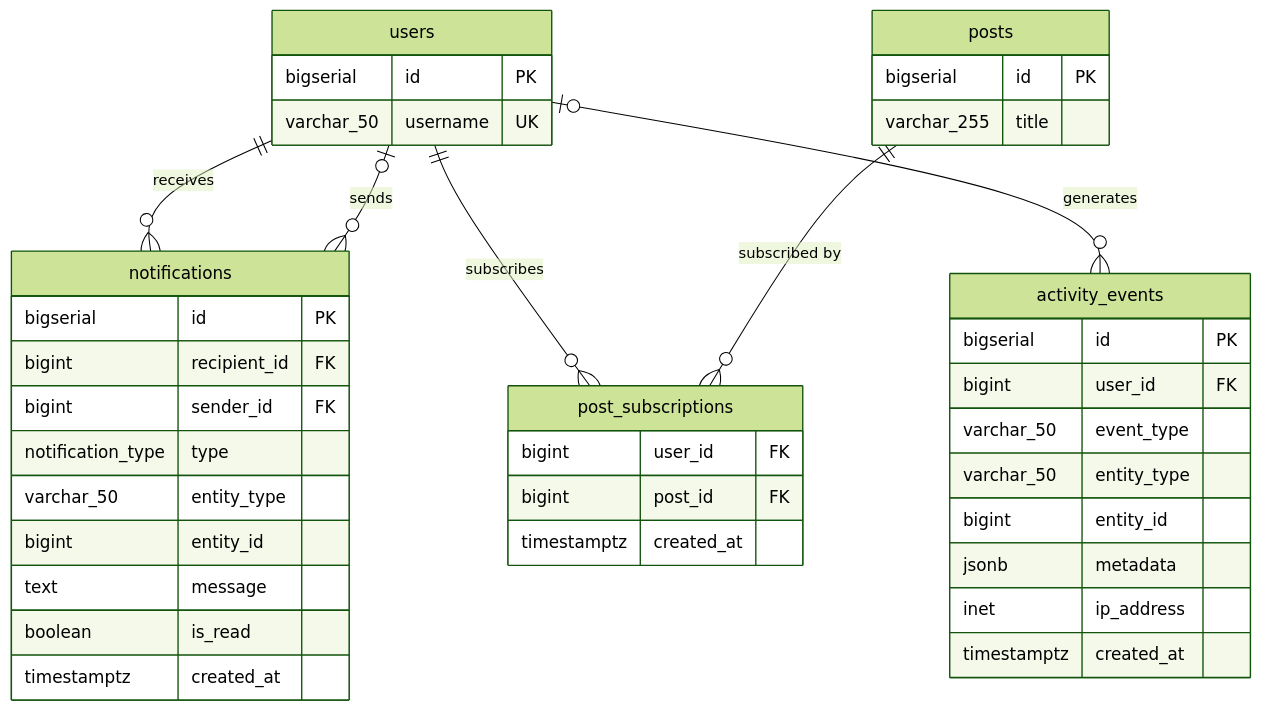
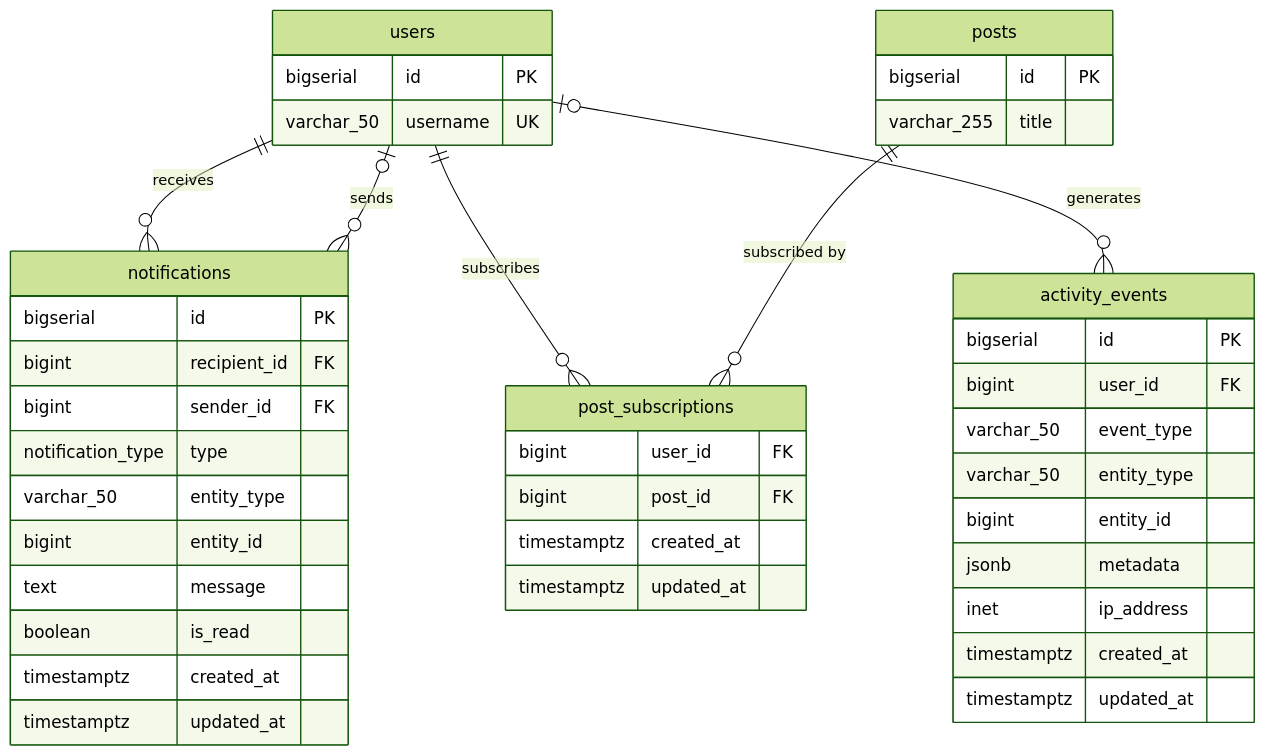
One commit to Project-Wdrozeniowy/Project-Wdrozeniowy changed the diagram in docs/db-schema-social.mmd. Above: the diagram before and after it, drawn with Mermaid (forest theme). The commit also changed 13 other files, not shown here.

```diff
--- a/docs/db-schema-social.mmd
+++ b/docs/db-schema-social.mmd
@@ -1,45 +1,48 @@
 erDiagram
     users {
         bigserial id PK
         varchar_50 username UK
     }
 
     posts {
         bigserial id PK
         varchar_255 title
     }
 
     notifications {
         bigserial id PK
         bigint recipient_id FK
         bigint sender_id FK
         notification_type type
         varchar_50 entity_type
         bigint entity_id
         text message
         boolean is_read
         timestamptz created_at
+        timestamptz updated_at
     }
 
     post_subscriptions {
         bigint user_id FK
         bigint post_id FK
         timestamptz created_at
+        timestamptz updated_at
     }
 
     activity_events {
         bigserial id PK
         bigint user_id FK
         varchar_50 event_type
         varchar_50 entity_type
         bigint entity_id
         jsonb metadata
         inet ip_address
         timestamptz created_at
+        timestamptz updated_at
     }
 
     users ||--o{ notifications : "receives"
     users o|--o{ notifications : "sends"
     users ||--o{ post_subscriptions : "subscribes"
     users o|--o{ activity_events : "generates"
     posts ||--o{ post_subscriptions : "subscribed by"
```
